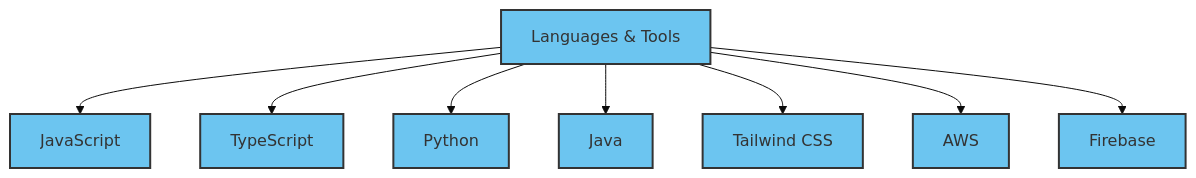
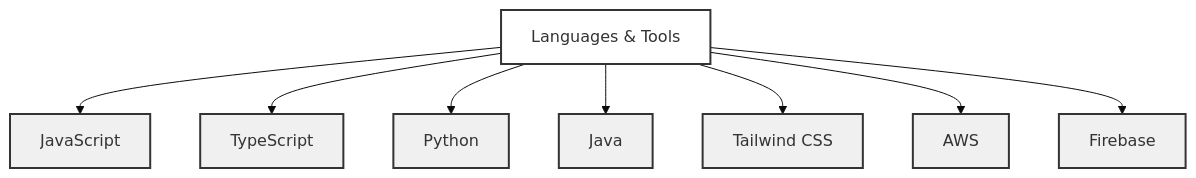
Before and after one commit to Abenu-Y/Abenu-Y: the second of 2 diagrams in README.md, drawn with Mermaid (base theme).

````diff
--- a/README.md
+++ b/README.md
@@ -32,19 +32,19 @@
 ```mermaid
 graph TD;
     A[Languages & Tools] --> B[JavaScript]
     A --> C[TypeScript]
     A --> D[Python]
     A --> E[Java]
     A --> F[Tailwind CSS]
     A --> G[AWS]
     A --> H[Firebase]
     
-    style A fill:#6cc5f0,stroke:#333,stroke-width:2px;
-    style B fill:#6cc5f0,stroke:#333,stroke-width:2px;
-    style C fill:#6cc5f0,stroke:#333,stroke-width:2px;
-    style D fill:#6cc5f0,stroke:#333,stroke-width:2px;
-    style E fill:#6cc5f0,stroke:#333,stroke-width:2px;
-    style F fill:#6cc5f0,stroke:#333,stroke-width:2px;
-    style G fill:#6cc5f0,stroke:#333,stroke-width:2px;
-    style H fill:#6cc5f0,stroke:#333,stroke-width:2px;
+    style A fill:#ffffff,stroke:#333,stroke-width:2px;
+    style B fill:#f0f0f0,stroke:#333,stroke-width:2px;
+    style C fill:#f0f0f0,stroke:#333,stroke-width:2px;
+    style D fill:#f0f0f0,stroke:#333,stroke-width:2px;
+    style E fill:#f0f0f0,stroke:#333,stroke-width:2px;
+    style F fill:#f0f0f0,stroke:#333,stroke-width:2px;
+    style G fill:#f0f0f0,stroke:#333,stroke-width:2px;
+    style H fill:#f0f0f0,stroke:#333,stroke-width:2px;
 ```
````
